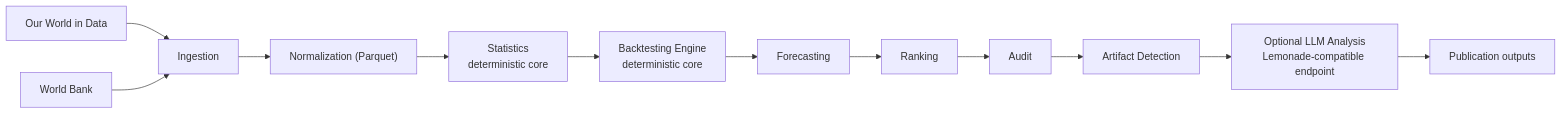
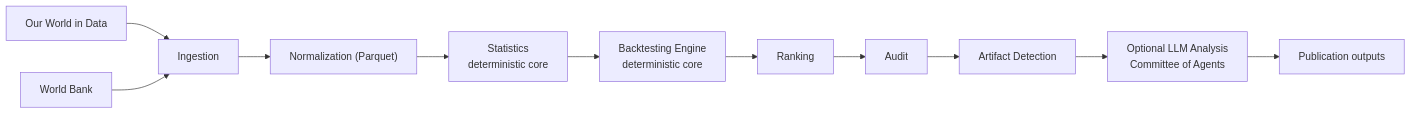
One commit to Patrice-Gaudicheau/ContinuityBreakDetector changed the diagram in README.md. Above: the diagram before and after it, drawn with Mermaid. The commit also changed other lines of this file and 1 other file, not shown here.

````diff
--- a/README.md
+++ b/README.md
@@ -24,14 +30,13 @@
 ```mermaid
 flowchart LR
     OWID["Our World in Data"] --> ING["Ingestion"]
     WB["World Bank"] --> ING
     ING --> NORM["Normalization (Parquet)"]
     NORM --> STATS["Statistics<br/>deterministic core"]
     STATS --> BACKTEST["Backtesting Engine<br/>deterministic core"]
-    BACKTEST --> FORECAST["Forecasting"]
-    FORECAST --> RANK["Ranking"]
+    BACKTEST --> RANK["Ranking"]
     RANK --> AUDIT["Audit"]
     AUDIT --> ARTIFACT["Artifact Detection"]
-    ARTIFACT --> LLM["Optional LLM Analysis<br/>Lemonade-compatible endpoint"]
+    ARTIFACT --> LLM["Optional LLM Analysis<br/>Committee of Agents"]
     LLM --> PUB["Publication outputs"]
 ```
````
